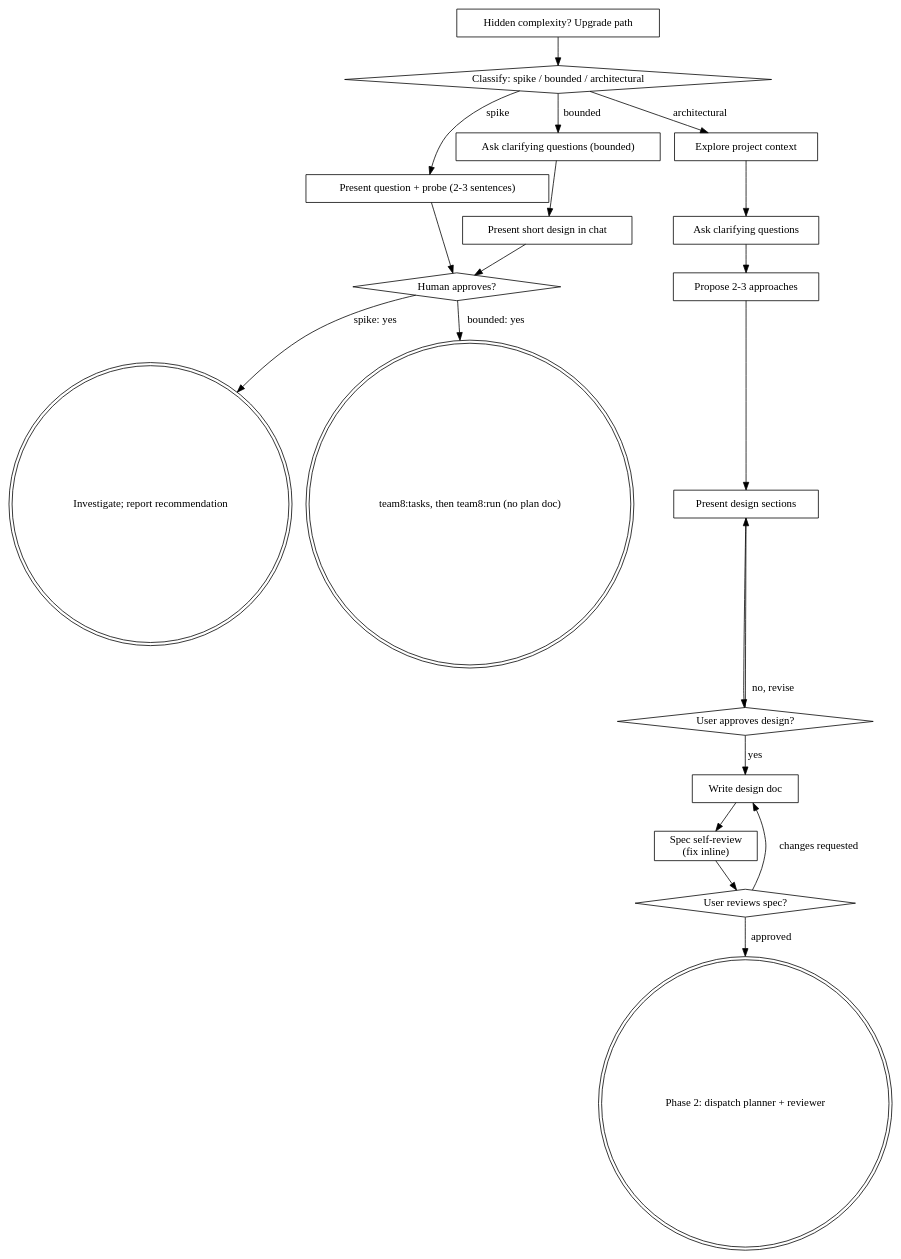
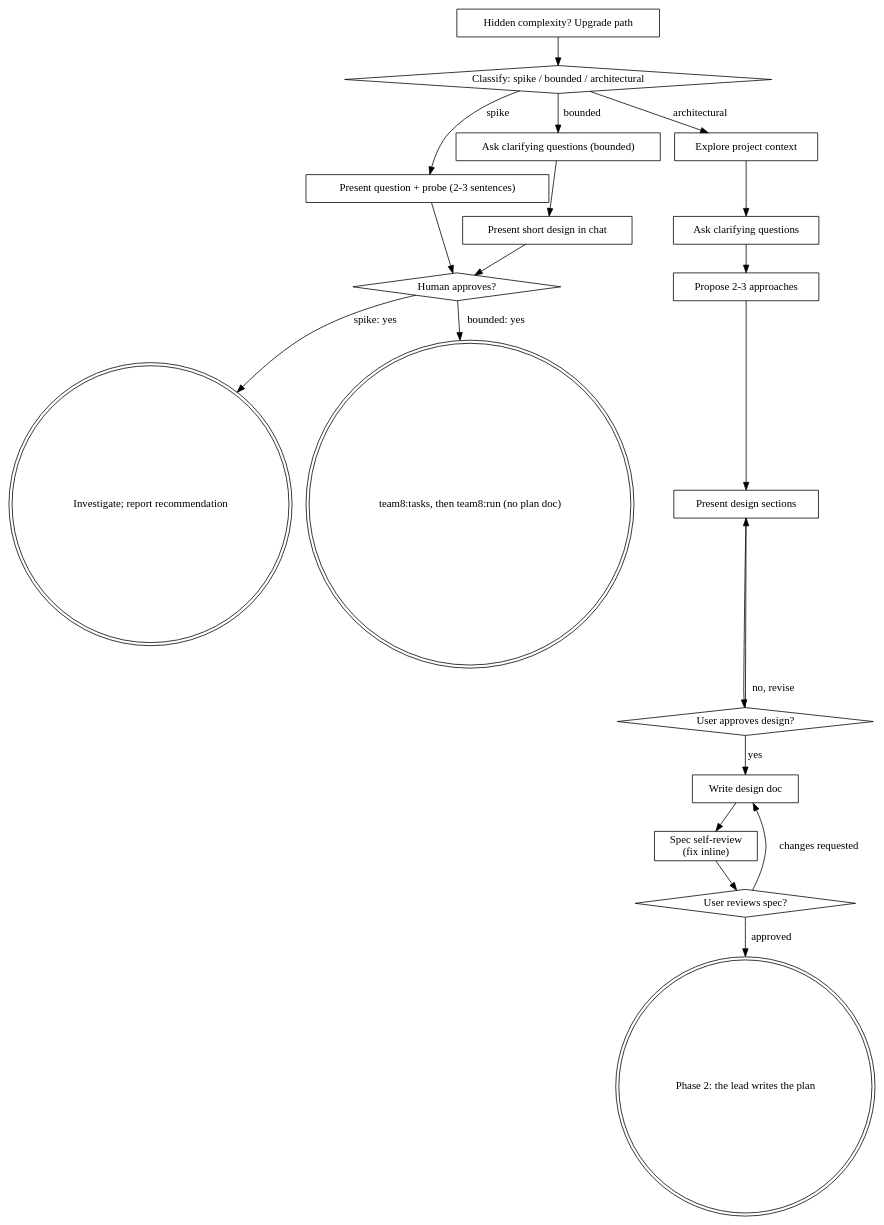
The diagram in plugin/skills/plan/SKILL.md (alan-oliv/team8), drawn with Graphviz before and after one commit. The commit also changed other lines of this file and 2 other files, not shown here.

Commit message:
Have the lead write the plan a task at a time, with no planner or reviewer teammates

````diff
--- a/plugin/skills/plan/SKILL.md
+++ b/plugin/skills/plan/SKILL.md
@@ -129,41 +130,41 @@
 ```dot
 digraph brainstorming {
     "Classify: spike / bounded / architectural" [shape=diamond];
     "Present question + probe (2-3 sentences)" [shape=box];
     "Ask clarifying questions (bounded)" [shape=box];
     "Present short design in chat" [shape=box];
     "Human approves?" [shape=diamond];
     "Investigate; report recommendation" [shape=doublecircle];
     "team8:tasks, then team8:run (no plan doc)" [shape=doublecircle];
     "Explore project context" [shape=box];
     "Ask clarifying questions" [shape=box];
     "Propose 2-3 approaches" [shape=box];
     "Present design sections" [shape=box];
     "User approves design?" [shape=diamond];
     "Write design doc" [shape=box];
     "Spec self-review\n(fix inline)" [shape=box];
     "User reviews spec?" [shape=diamond];
-    "Phase 2: dispatch planner + reviewer" [shape=doublecircle];
+    "Phase 2: the lead writes the plan" [shape=doublecircle];
     "Hidden complexity? Upgrade path" [shape=box];
 
     "Classify: spike / bounded / architectural" -> "Present question + probe (2-3 sentences)" [label="spike"];
     "Classify: spike / bounded / architectural" -> "Ask clarifying questions (bounded)" [label="bounded"];
     "Classify: spike / bounded / architectural" -> "Explore project context" [label="architectural"];
     "Present question + probe (2-3 sentences)" -> "Human approves?";
     "Ask clarifying questions (bounded)" -> "Present short design in chat";
     "Present short design in chat" -> "Human approves?";
     "Human approves?" -> "Investigate; report recommendation" [label="spike: yes"];
     "Human approves?" -> "team8:tasks, then team8:run (no plan doc)" [label="bounded: yes"];
     "Hidden complexity? Upgrade path" -> "Classify: spike / bounded / architectural";
     "Explore project context" -> "Ask clarifying questions";
     "Ask clarifying questions" -> "Propose 2-3 approaches";
     "Propose 2-3 approaches" -> "Present design sections";
     "Present design sections" -> "User approves design?";
     "User approves design?" -> "Present design sections" [label="no, revise"];
     "User approves design?" -> "Write design doc" [label="yes"];
     "Write design doc" -> "Spec self-review\n(fix inline)";
     "Spec self-review\n(fix inline)" -> "User reviews spec?";
     "User reviews spec?" -> "Write design doc" [label="changes requested"];
-    "User reviews spec?" -> "Phase 2: dispatch planner + reviewer" [label="approved"];
+    "User reviews spec?" -> "Phase 2: the lead writes the plan" [label="approved"];
 }
 ```
````
